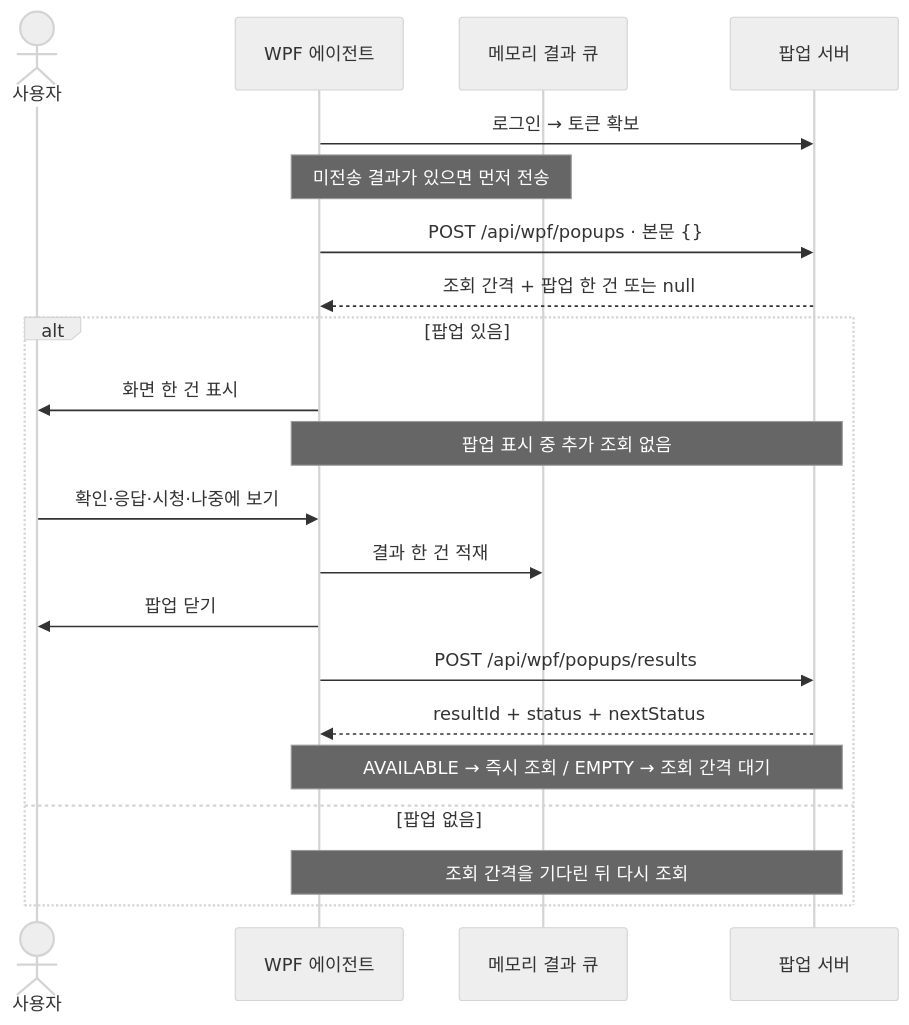
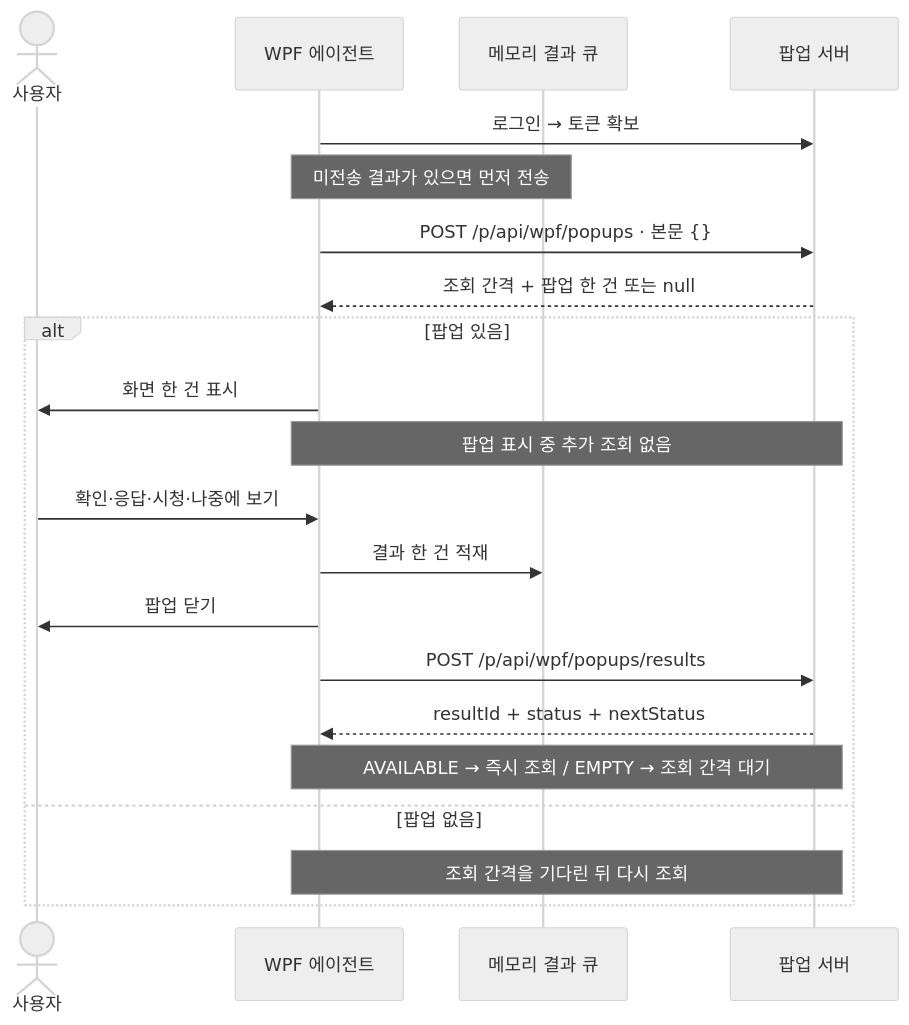
One commit to ok-sy/WPF_WindowsPopupWithC_proto changed the second of 6 diagrams in docs/interfaces/WPF/WPF_AGENT_SPEC.md. Above: the diagram before and after it, drawn with Mermaid (neutral theme). The commit also changed other lines of this file and 23 other files, not shown here.

````diff
--- a/docs/interfaces/WPF/WPF_AGENT_SPEC.md
+++ b/docs/interfaces/WPF/WPF_AGENT_SPEC.md
@@ -82,23 +82,23 @@
 ```mermaid
 sequenceDiagram
     actor U as 사용자
     participant W as WPF 에이전트
     participant Q as 메모리 결과 큐
     participant S as 팝업 서버
     W->>S: 로그인 → 토큰 확보
     Note over W,Q: 미전송 결과가 있으면 먼저 전송
-    W->>S: POST /api/wpf/popups · 본문 {}
+    W->>S: POST /p/api/wpf/popups · 본문 {}
     S-->>W: 조회 간격 + 팝업 한 건 또는 null
     alt 팝업 있음
         W->>U: 화면 한 건 표시
         Note over W,S: 팝업 표시 중 추가 조회 없음
         U->>W: 확인·응답·시청·나중에 보기
         W->>Q: 결과 한 건 적재
         W->>U: 팝업 닫기
-        W->>S: POST /api/wpf/popups/results
+        W->>S: POST /p/api/wpf/popups/results
         S-->>W: resultId + status + nextStatus
         Note over W,S: AVAILABLE → 즉시 조회 / EMPTY → 조회 간격 대기
     else 팝업 없음
         Note over W,S: 조회 간격을 기다린 뒤 다시 조회
     end
 ```
````
